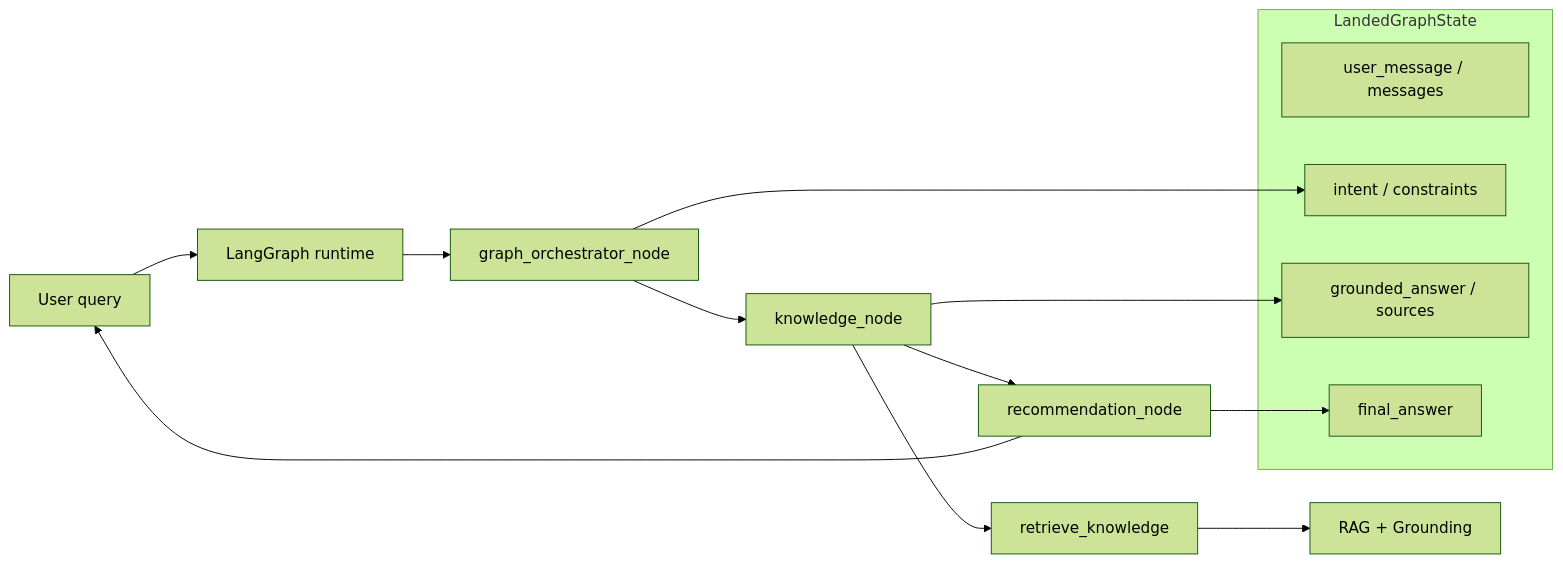
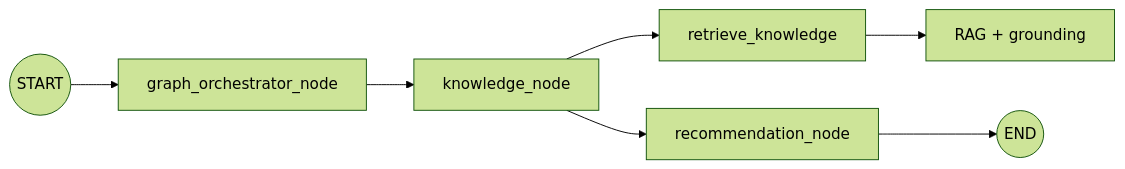
One commit to luisfm44/landed-agent changed the third of 10 diagrams in docs/architecture-diagram.md. Above: the diagram before and after it, drawn with Mermaid (forest theme). The commit also changed other lines of this file and 7 other files, not shown here.

First line of the commit message:
Wire LangGraph to ADK and refresh architecture documentation.

````diff
--- a/docs/architecture-diagram.md
+++ b/docs/architecture-diagram.md
@@ -77,21 +92,9 @@
 ```mermaid
 flowchart LR
-    USER[User query] --> LG[LangGraph runtime]
-    LG --> GO[graph_orchestrator_node]
+    START((START)) --> GO[graph_orchestrator_node]
     GO --> KN[knowledge_node]
     KN --> RK[retrieve_knowledge]
-    RK --> RAG[RAG + Grounding]
+    RK --> RAG[RAG + grounding]
     KN --> RN[recommendation_node]
-    RN --> USER
-
-    subgraph state [LandedGraphState]
-        S1[user_message / messages]
-        S2[intent / constraints]
-        S3[grounded_answer / sources]
-        S4[final_answer]
-    end
-
-    GO --> S2
-    KN --> S3
-    RN --> S4
+    RN --> ENDNODE((END))
 ```
````
